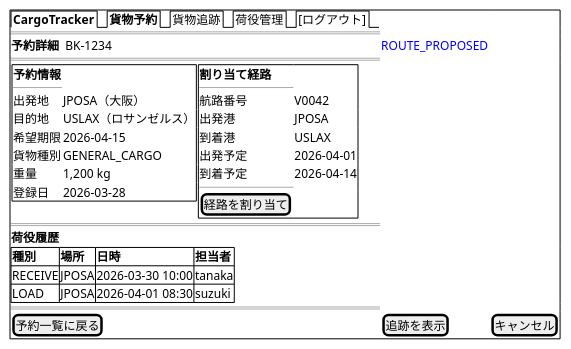
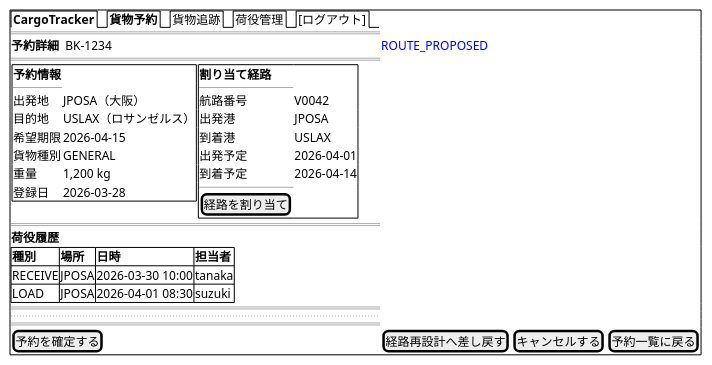
One commit to k2works/case-study-cargo-tracker changed the seventh of 18 diagrams in docs/design/ui_design.md. Above: the diagram before and after it, drawn with PlantUML. The commit also changed other lines of this file and 3 other files, not shown here.

````diff
--- a/docs/design/ui_design.md
+++ b/docs/design/ui_design.md
@@ -508,42 +523,44 @@
 ```plantuml
 @startsalt
 {+
   {/ <b>CargoTracker</b> | <b>貨物予約</b> | 貨物追跡 | 荷役管理 | [ログアウト] }
   ==
   <b>予約詳細</b>  BK-1234  |  <color:blue>ROUTE_PROPOSED</color>
   ==
   {
     {+
       <b>予約情報</b>
       ----
       出発地     | JPOSA（大阪）
       目的地     | USLAX（ロサンゼルス）
       希望期限   | 2026-04-15
-      貨物種別   | GENERAL_CARGO
+      貨物種別   | GENERAL
       重量       | 1,200 kg
       登録日     | 2026-03-28
     } |
     {+
       <b>割り当て経路</b>
       ----
       航路番号   | V0042
       出発港     | JPOSA
       到着港     | USLAX
       出発予定   | 2026-04-01
       到着予定   | 2026-04-14
       ----
       [経路を割り当て]
     }
   }
   ==
   <b>荷役履歴</b>
   {#
     **種別** | **場所** | **日時** | **担当者**
     RECEIVE  | JPOSA    | 2026-03-30 10:00 | tanaka
     LOAD     | JPOSA    | 2026-04-01 08:30 | suzuki
   }
   ==
-  [予約一覧に戻る] | [追跡を表示] | [キャンセル]
+  .. 特殊貨物の場合は危険物申告 / 温度管理条件を表示（US05）..
+  ==
+  [予約を確定する] | [経路再設計へ差し戻す] | [キャンセルする] | [予約一覧に戻る]
 }
 @endsalt
 ```
````
